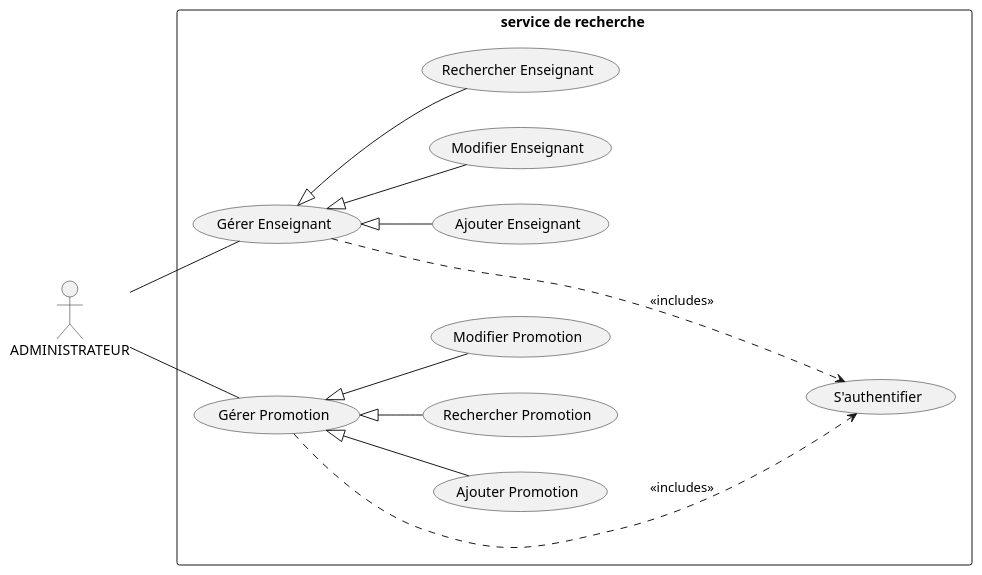
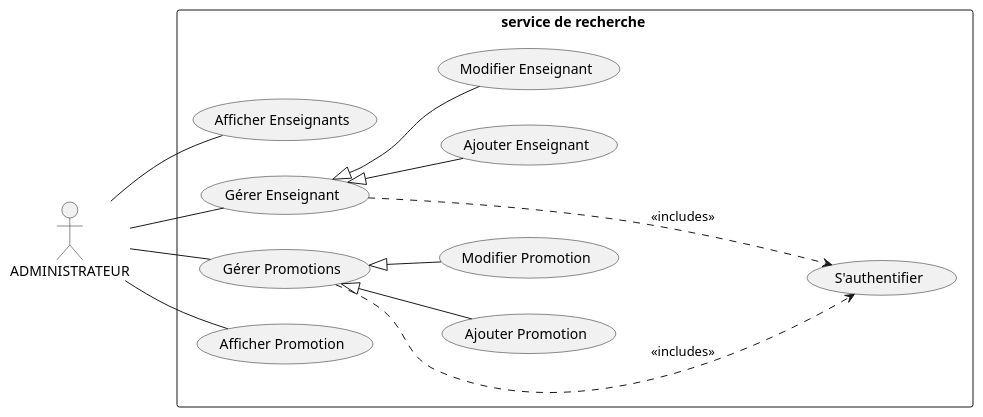
Before and after one commit to Napi55/PlantUml: the diagram in App2/UseCase.wsd, drawn with PlantUML. The commit also changed 6 other files, not shown here.

```diff
--- a/App2/UseCase.wsd
+++ b/App2/UseCase.wsd
@@ -1,45 +1,45 @@
 @startuml gg
 left to right direction
 skinparam packageStyle rectangle
 actor ADMINISTRATEUR as Admin
 
 
 rectangle "service de recherche "  {
     (S'authentifier) as uc0
     
      (Ajouter Enseignant)  as uc1  
      (Modifier Enseignant) as uc2
-     (Rechercher Enseignant) as uc4
+     (Afficher Enseignants) as uc4
      (Ajouter Promotion) as uc5
      (Gérer Enseignant) as uc6
-      (Gérer Promotion) as uc7
+      (Gérer Promotions) as uc7
      
-     (Rechercher Promotion)as uc8
+     (Afficher Promotion)as uc8
      (Modifier Promotion)as uc9 
      
    
     
 }
 ' INCLUDE
 uc6 ....> uc0  : <<includes>>
 uc7 ....> uc0 : <<includes>>
 
 ' Extends
 uc6  <|-- uc1 
 uc6  <|-- uc2 
-uc6  <|-- uc4 
 uc7  <|-- uc5 
-uc7  <|-- uc8 
 uc7  <|-- uc9 
 
 
 
 ' ASSOCIATIONS
 
 
 Admin -- uc6
 Admin -- uc7
+Admin -- uc8
+Admin -- uc4
 
 
 
 @enduml
```
